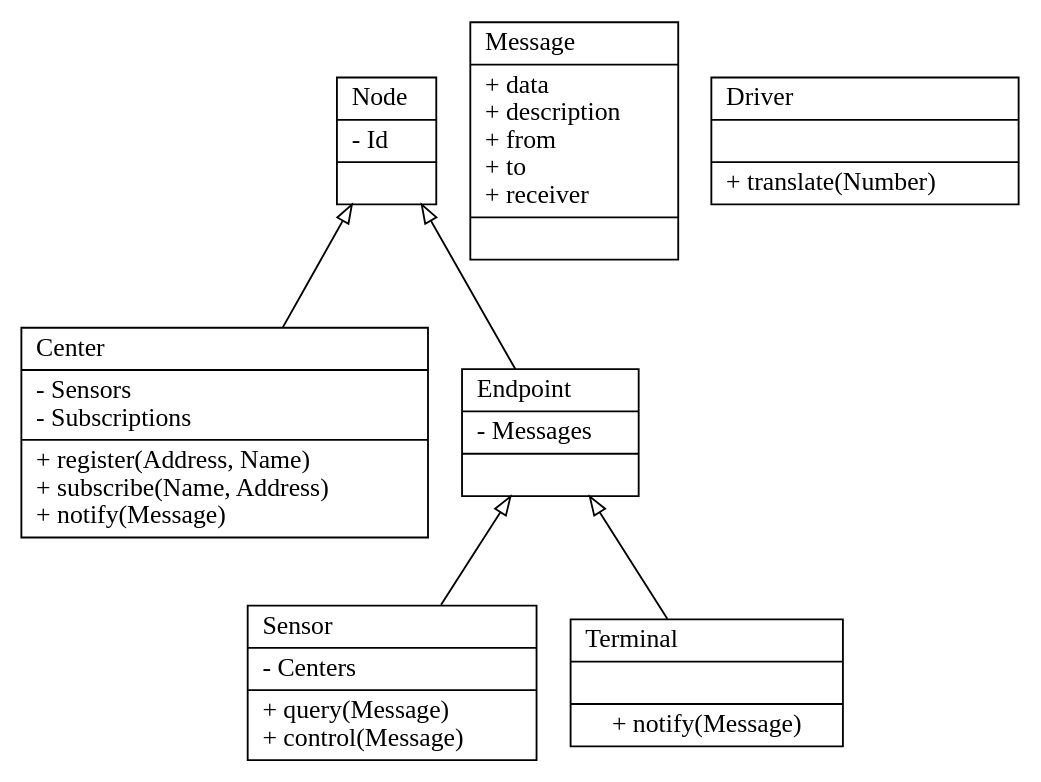
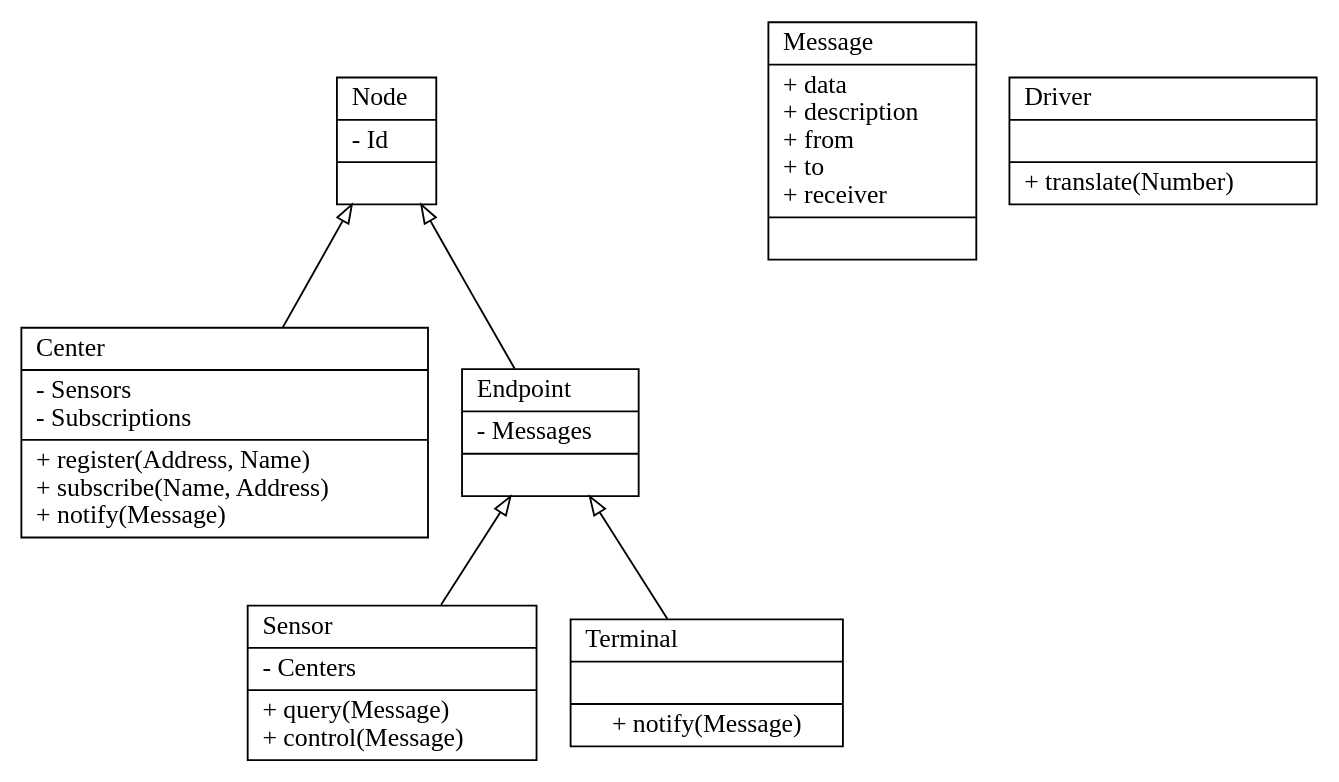
One commit to vmiklos/bsc-thesis changed the diagram in statikus-struktura-diagram.dot. Above: the diagram before and after it, drawn with Graphviz.

```diff
--- a/statikus-struktura-diagram.dot
+++ b/statikus-struktura-diagram.dot
@@ -1,20 +1,22 @@
 digraph G {
 	node [shape=record]
 	c0 [label="{Node\l|- Id\l|}"]
 
 	c1 [label="{Center\l|- Sensors\l- Subscriptions\l|+ register(Address, Name)\l+ subscribe(Name, Address)\l+ notify(Message)\l}"]
 	c0 -> c1 [dir=back,arrowtail=empty]
 
 	c2 [label="{Endpoint\l|- Messages\l|}"]
 	c0 -> c2 [dir=back,arrowtail=empty]
 
 	c3 [label="{Sensor\l|- Centers\l|+ query(Message)\l+ control(Message)\l}"]
 	c2 -> c3 [dir=back,arrowtail=empty]
 
 	c4 [label="{Terminal\l||+ notify(Message)}"]
 	c2 -> c4 [dir=back,arrowtail=empty]
 
+	s1 [label="",shape=none,width=2]
+
 	c5 [label="{Message\l|+ data\l+ description\l+ from\l+ to\l+ receiver\l|}"]
 
 	c6 [label="{Driver\l||+ translate(Number)\l}}"]
 }
```
